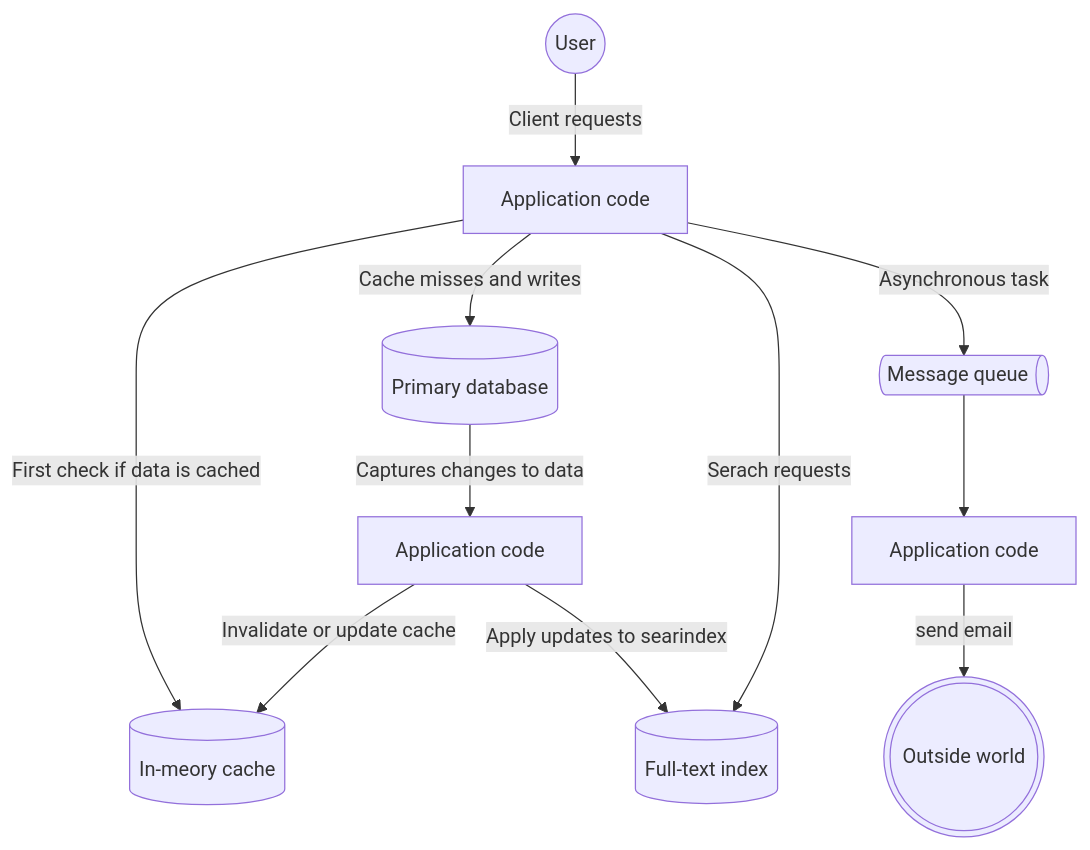
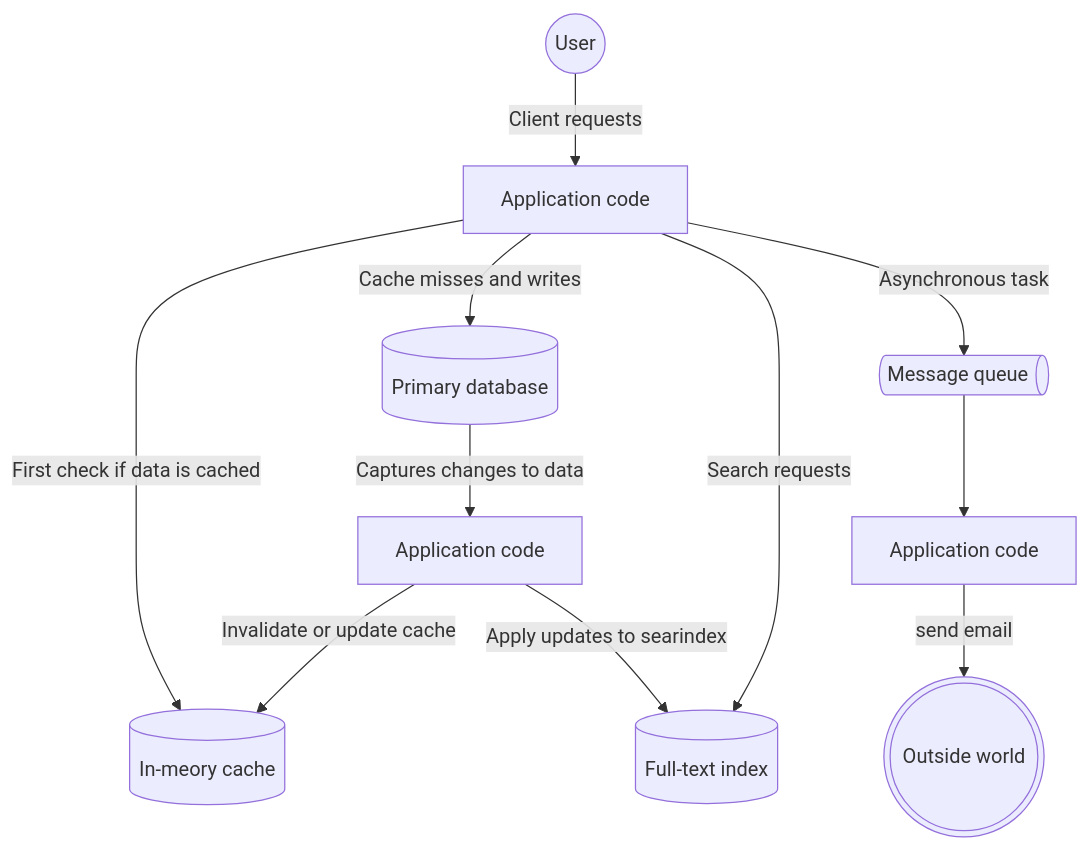
The first of 2 diagrams in designing-data-intensive-applications/part1.md (kyungrae/study), drawn with Mermaid before and after one commit. The commit also changed other lines of this file, not shown here.

````diff
--- a/designing-data-intensive-applications/part1.md
+++ b/designing-data-intensive-applications/part1.md
@@ -24,9 +24,9 @@
 ```mermaid
 flowchart
   user@{shape: circle, label: "User"} -- Client requests --> code1[Application code] -- First check if data is cached --> cache@{shape: cyl, label: "In-meory cache"}
   code1 -- Cache misses and writes --> database@{shape: cyl, label: "Primary database"}
   database -- Captures changes to data --> code2[Application code] -- Invalidate or update cache --> cache
-  code1 -- Serach requests--> search@{shape: cyl, label: "Full-text index"}
+  code1 -- Search requests--> search@{shape: cyl, label: "Full-text index"}
   code2 -- Apply updates to searindex --> search
   code1 -- Asynchronous task --> queue@{ shape: das, label: "Message queue" } --> code3[Application code] --send email--> outside@{ shape: dbl-circ, label: "Outside world" }
 ```
````
